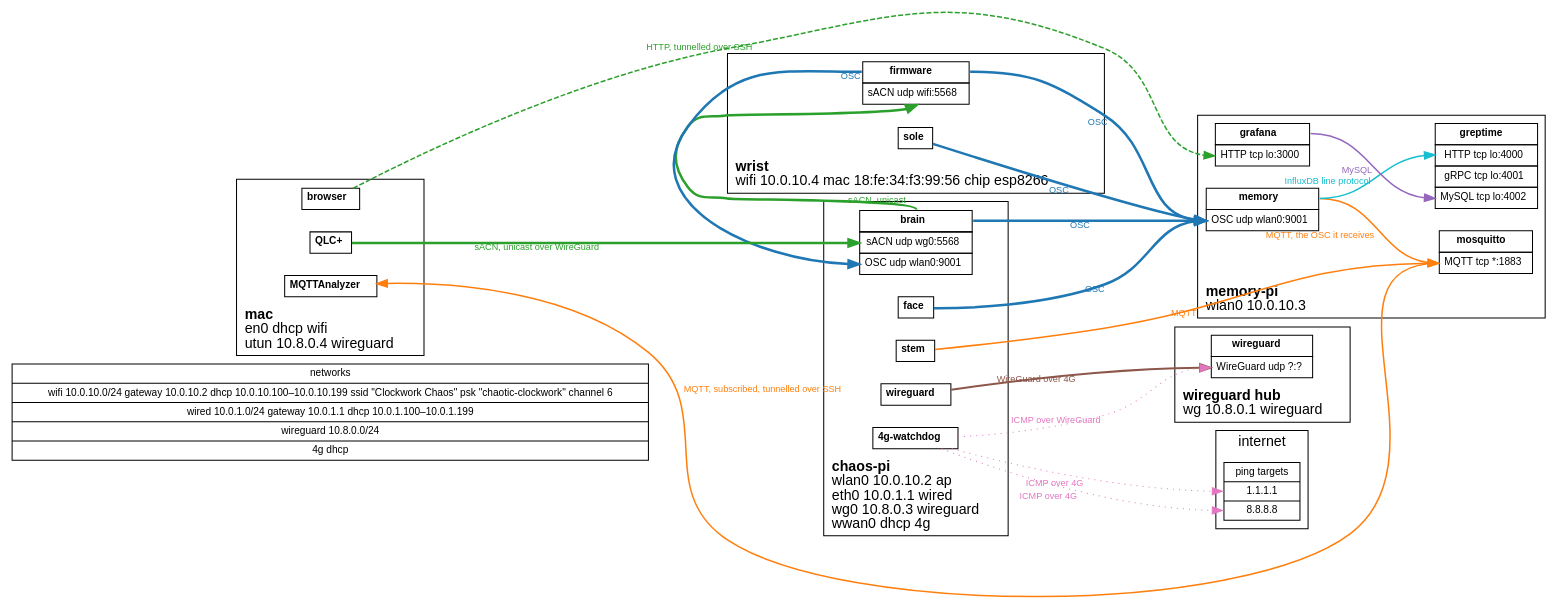
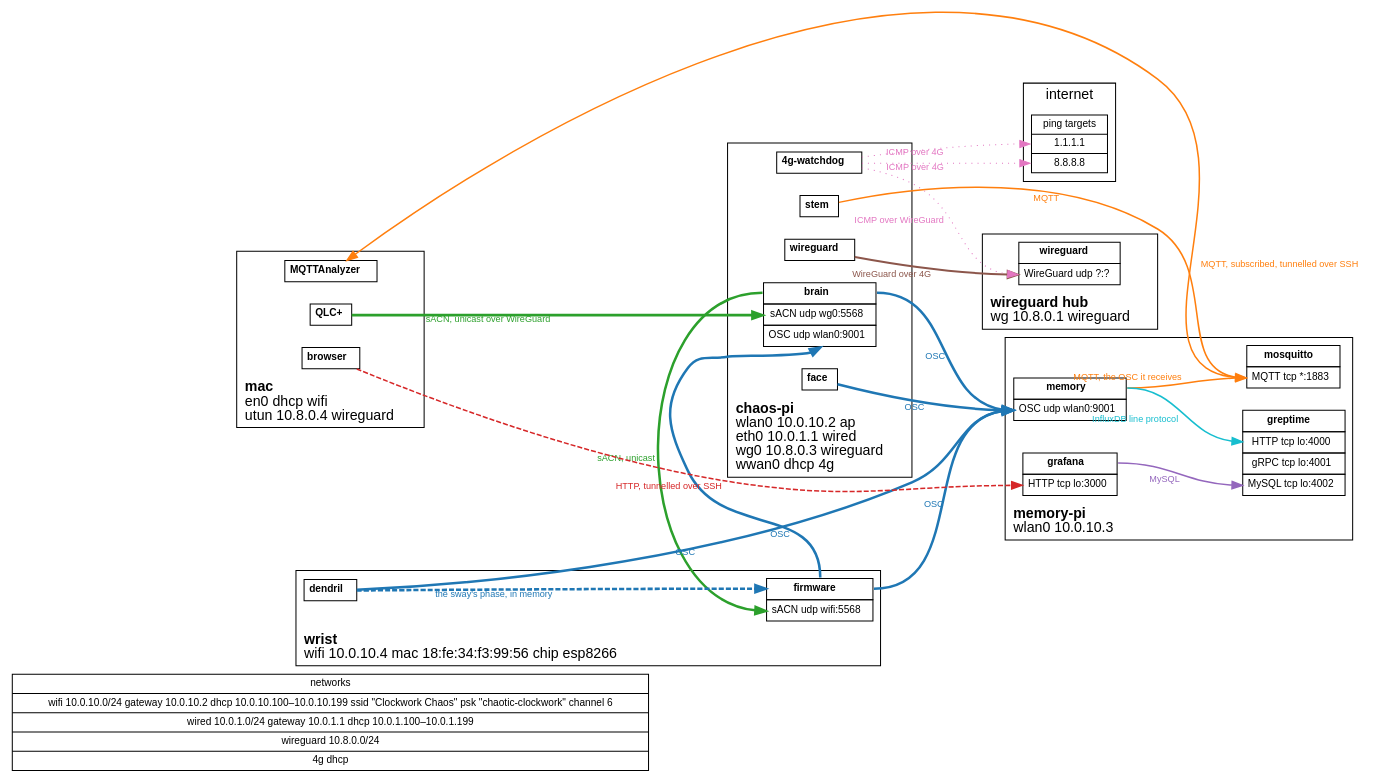
One commit to kjkoster/tensegrity-open-claw changed the diagram in clockwork.dot. Above: the diagram before and after it, drawn with Graphviz. The commit also changed 11 other files, not shown here.

```diff
--- a/clockwork.dot
+++ b/clockwork.dot
@@ -37,7 +37,9 @@
 //                           one edge per sender and recipient, sent to the recipient's
 //                           address on the network they share. Edges sit in one
 //                           subgraph per protocol, named after it, which also sets its colour
-//                           and line style.
+//                           and line style. Services compiled into one program share memory
+//                           rather than a network: their edges run title to title, in
+//                           `in_process`, and no generator reads them.
 
 digraph clockwork {
     graph [rankdir=LR, forcelabels=true, fontname="Helvetica", nodesep=0.3, ranksep=1.2];
@@ -112,8 +114,8 @@
             <tr><td port="title"><b>firmware</b></td></tr>
             <tr><td port="sacn">sACN udp wifi:5568</td></tr>
         </table>>];
-        wrist_sole [label=<<table border="0" cellborder="1" cellspacing="0" cellpadding="4">
-            <tr><td port="title"><b>sole</b></td></tr>
+        wrist_dendril [label=<<table border="0" cellborder="1" cellspacing="0" cellpadding="4">
+            <tr><td port="title"><b>dendril</b></td></tr>
         </table>>];
     }
 
@@ -166,9 +168,14 @@
         edge [color="#1f77b4", fontcolor="#1f77b4", penwidth=2.5];
         wrist_firmware:title -> chaos_pi_brain:osc       [xlabel="OSC"];
         wrist_firmware:title -> memory_pi_memory:osc     [xlabel="OSC"];
-        wrist_sole:title     -> memory_pi_memory:osc     [xlabel="OSC"];
+        wrist_dendril:title  -> memory_pi_memory:osc     [xlabel="OSC"];
         chaos_pi_brain:title -> memory_pi_memory:osc     [xlabel="OSC"];
         chaos_pi_face:title  -> memory_pi_memory:osc     [xlabel="OSC"];
+    }
+
+    subgraph in_process {
+        edge [color="#1f77b4", fontcolor="#1f77b4", penwidth=2.5, style=dashed];
+        wrist_dendril:title -> wrist_firmware:title [xlabel="the sway's phase, in memory"];
     }
 
     subgraph mqtt {
@@ -189,7 +196,7 @@
     }
 
     subgraph http {
-        edge [color="#2ca02c", fontcolor="#2ca02c", penwidth=1.5, style=dashed];
+        edge [color="#d62728", fontcolor="#d62728", penwidth=1.5, style=dashed];
         mac_browser:title -> memory_pi_grafana:http [xlabel="HTTP, tunnelled over SSH"];
     }
 
```
